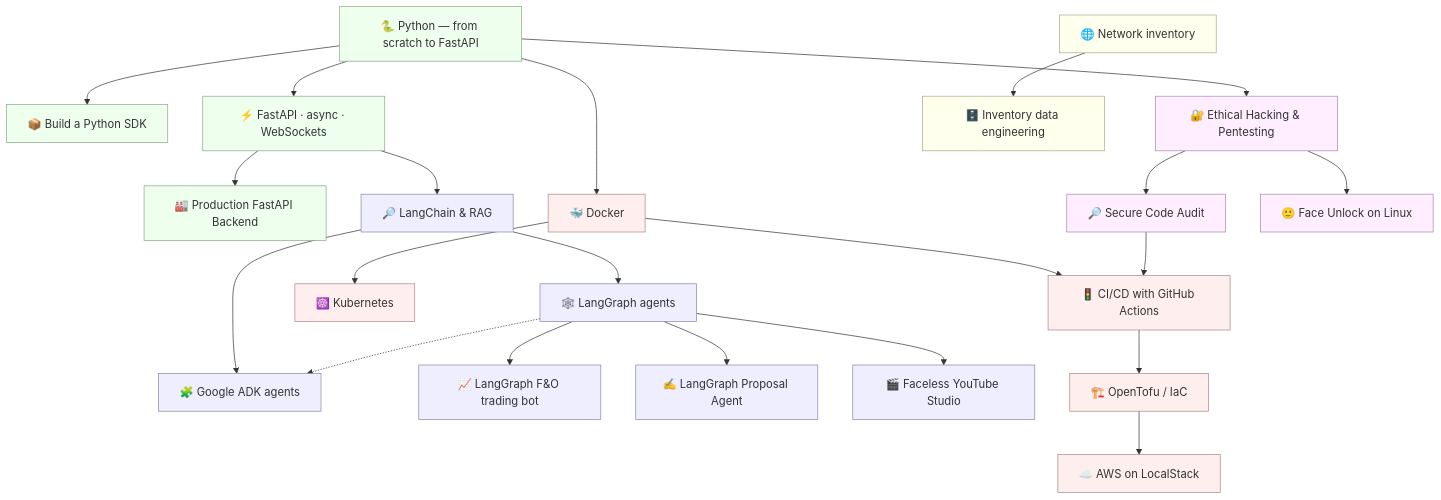
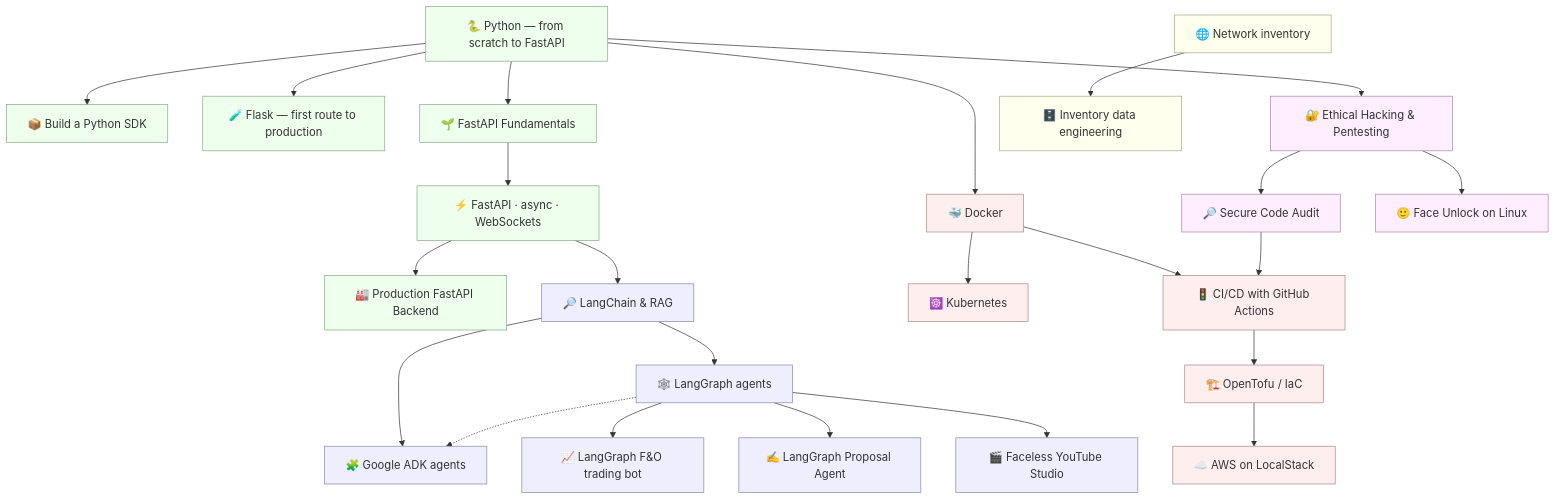
Before and after one commit to RahulHalpati/learning_docs: the diagram in README.md, drawn with Mermaid. The commit also changed other lines of this file and 101 other files, not shown here.

First line of the commit message:
feat(flask_complete): add Flask course; restore FastAPI async course

````diff
--- a/README.md
+++ b/README.md
@@ -17,35 +17,37 @@
 ```mermaid
 flowchart TD
     PY[🐍 Python — from scratch to FastAPI]
     PY --> SDK[📦 Build a Python SDK]
-    PY --> API[⚡ FastAPI · async · WebSockets]
+    PY --> FL[🧪 Flask — first route to production]
+    PY --> FUND[🌱 FastAPI Fundamentals]
+    FUND --> API[⚡ FastAPI · async · WebSockets]
     API --> BE[🏭 Production FastAPI Backend]
     API --> RAG[🔎 LangChain & RAG]
     RAG --> LG[🕸️ LangGraph agents]
     RAG --> ADK[🧩 Google ADK agents]
     LG -.-> ADK
     LG --> BOT[📈 LangGraph F&O trading bot]
     LG --> PA[✍️ LangGraph Proposal Agent]
     LG --> FYT[🎬 Faceless YouTube Studio]
     PY --> DOK[🐳 Docker]
     DOK --> K8S[☸️ Kubernetes]
     DOK --> CICD[🚦 CI/CD with GitHub Actions]
     CA --> CICD
     CICD --> TOFU[🏗️ OpenTofu / IaC]
     TOFU --> LS[☁️ AWS on LocalStack]
     PY --> EH[🔐 Ethical Hacking & Pentesting]
     EH --> CA[🔎 Secure Code Audit]
     EH --> FU[🙂 Face Unlock on Linux]
     NET[🌐 Network inventory] --> DATA[🗄️ Inventory data engineering]
 
     classDef ai fill:#eef,stroke:#88a
     classDef core fill:#efe,stroke:#8a8
     classDef infra fill:#fee,stroke:#a88
     classDef data fill:#ffe,stroke:#aa8
     classDef sec fill:#fef,stroke:#a8a
-    class PY,SDK,API,BE core
+    class PY,SDK,FL,FUND,API,BE core
     class RAG,LG,ADK,BOT,PA,FYT ai
     class DOK,K8S,CICD,TOFU,LS infra
     class NET,DATA data
     class EH,CA,FU sec
 ```
````
